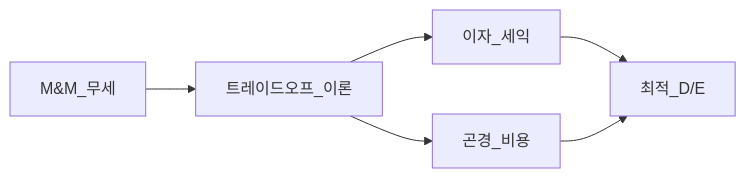
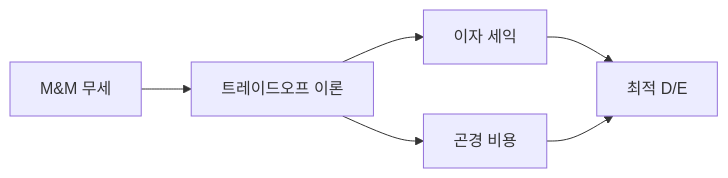
The second of 2 diagrams in 09-corporate-finance/wacc-capital-structure.md (goldanghenry/Finances), drawn with Mermaid before and after one commit. The commit also changed other lines of this file and 211 other files, not shown here.

````diff
--- a/09-corporate-finance/wacc-capital-structure.md
+++ b/09-corporate-finance/wacc-capital-structure.md
@@ -181,8 +200,8 @@
 ```mermaid
 flowchart LR
-  MM[M&M_무세] --> Tradeoff[트레이드오프_이론]
-  Tradeoff --> Tax[이자_세익]
-  Tradeoff --> Distress[곤경_비용]
-  Tax --> Opt[최적_D/E]
+  MM["M&M 무세"] --> Tradeoff["트레이드오프 이론"]
+  Tradeoff --> Tax["이자 세익"]
+  Tradeoff --> Distress["곤경 비용"]
+  Tax --> Opt["최적 D/E"]
   Distress --> Opt
 ```
````
